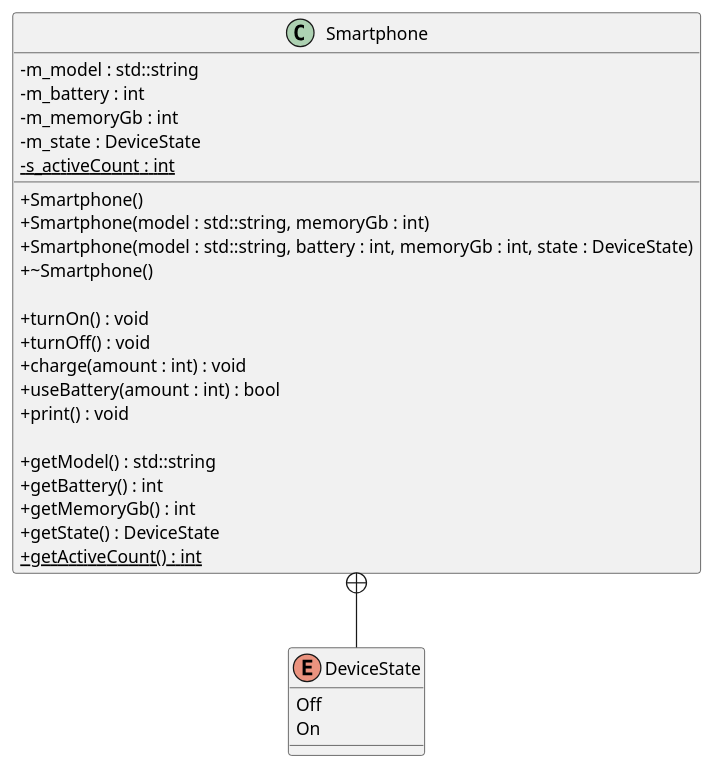
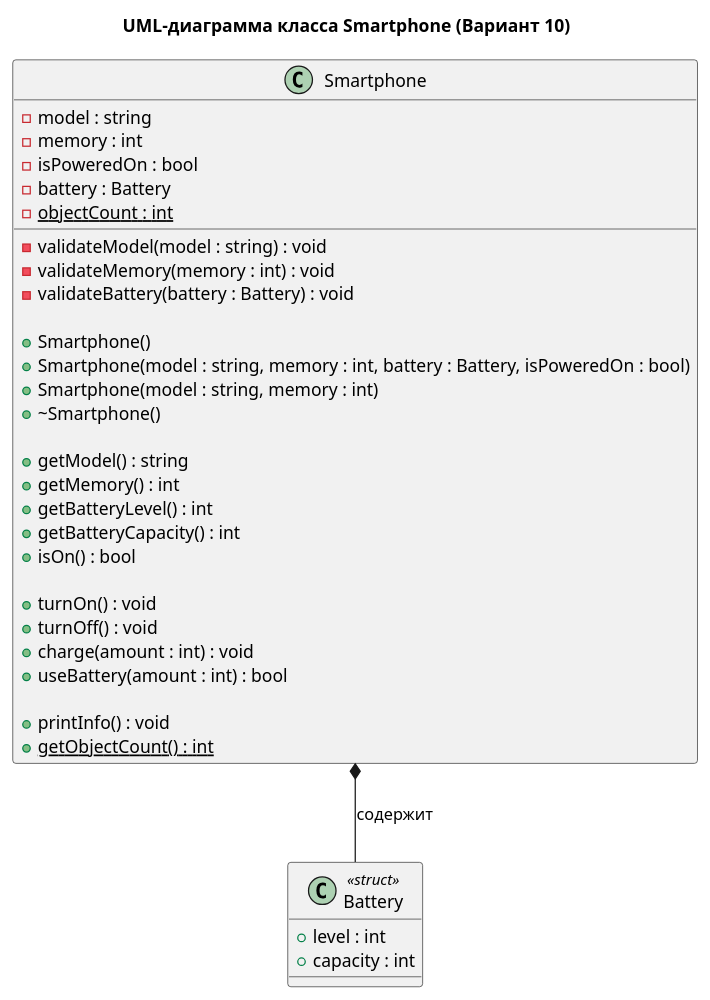
Before and after one commit to PAV-GWP/oop_labs: the diagram in oop_labs2/Smartphone.puml, drawn with PlantUML.

Commit message:
upd puml

```diff
--- a/oop_labs2/Smartphone.puml
+++ b/oop_labs2/Smartphone.puml
@@ -1,35 +1,43 @@
 @startuml
-skinparam classAttributeIconSize 0
 
-enum DeviceState {
-    Off
-    On
+title UML-диаграмма класса Smartphone (Вариант 10)
+
+class Battery <<struct>> {
+    + level : int
+    + capacity : int
 }
 
 class Smartphone {
-    - m_model : std::string
-    - m_battery : int
-    - m_memoryGb : int
-    - m_state : DeviceState
-    - {static} s_activeCount : int
+    - model : string
+    - memory : int
+    - isPoweredOn : bool
+    - battery : Battery
+    - {static} objectCount : int
+
+    - validateModel(model : string) : void
+    - validateMemory(memory : int) : void
+    - validateBattery(battery : Battery) : void
 
     + Smartphone()
-    + Smartphone(model : std::string, memoryGb : int)
-    + Smartphone(model : std::string, battery : int, memoryGb : int, state : DeviceState)
+    + Smartphone(model : string, memory : int, battery : Battery, isPoweredOn : bool)
+    + Smartphone(model : string, memory : int)
     + ~Smartphone()
+
+    + getModel() : string
+    + getMemory() : int
+    + getBatteryLevel() : int
+    + getBatteryCapacity() : int
+    + isOn() : bool
 
     + turnOn() : void
     + turnOff() : void
     + charge(amount : int) : void
     + useBattery(amount : int) : bool
-    + print() : void
 
-    + getModel() : std::string
-    + getBattery() : int
-    + getMemoryGb() : int
-    + getState() : DeviceState
-    + {static} getActiveCount() : int
+    + printInfo() : void
+    + {static} getObjectCount() : int
 }
 
-Smartphone +-- DeviceState
+Smartphone *-- Battery : содержит
+
 @enduml
```
